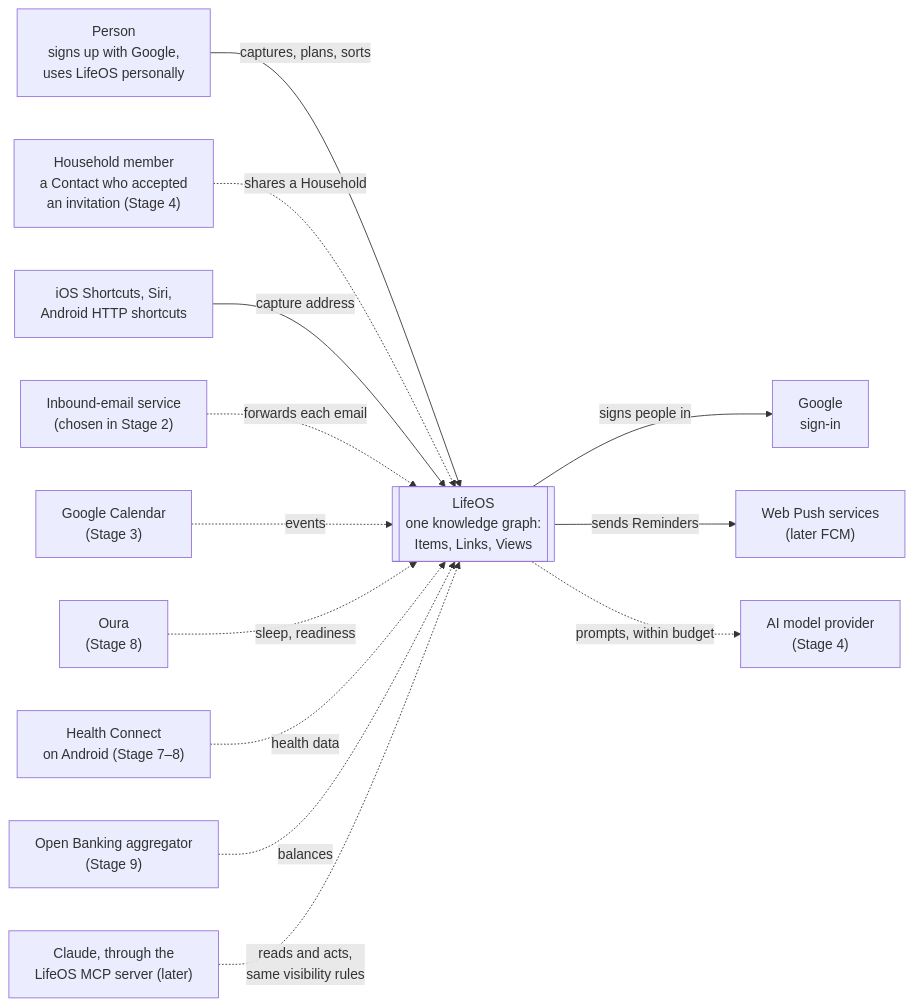
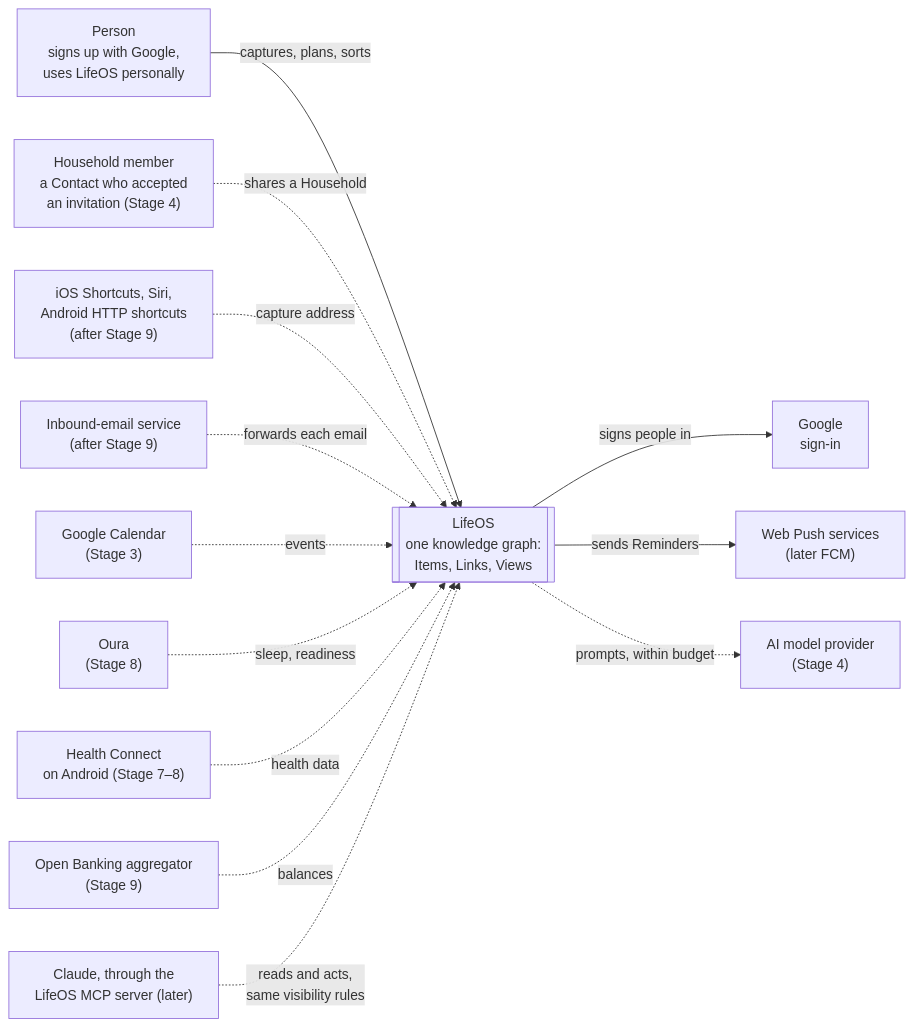
The first of 2 diagrams in docs/20-architecture/overview.md (joestables/lifeos), drawn with Mermaid before and after one commit. The commit also changed other lines of this file and 130 other files, not shown here.

First line of the commit message:
Stage 2, steps 1–5: specs, design, schema, working with Items (#3)

````diff
--- a/docs/20-architecture/overview.md
+++ b/docs/20-architecture/overview.md
@@ -8,31 +8,31 @@
 ```mermaid
 flowchart LR
   person["Person<br/>signs up with Google,<br/>uses LifeOS personally"]
   member["Household member<br/>a Contact who accepted<br/>an invitation (Stage 4)"]
-  shortcuts["iOS Shortcuts, Siri,<br/>Android HTTP shortcuts"]
-  email["Inbound-email service<br/>(chosen in Stage 2)"]
+  shortcuts["iOS Shortcuts, Siri,<br/>Android HTTP shortcuts<br/>(after Stage 9)"]
+  email["Inbound-email service<br/>(after Stage 9)"]
 
   lifeos[["LifeOS<br/>one knowledge graph:<br/>Items, Links, Views"]]
 
   google["Google<br/>sign-in"]
   push["Web Push services<br/>(later FCM)"]
   gcal["Google Calendar<br/>(Stage 3)"]
   oura["Oura<br/>(Stage 8)"]
   hc["Health Connect<br/>on Android (Stage 7–8)"]
   banks["Open Banking aggregator<br/>(Stage 9)"]
   aimodel["AI model provider<br/>(Stage 4)"]
   claude["Claude, through the<br/>LifeOS MCP server (later)"]
 
   person -- "captures, plans, sorts" --> lifeos
   member -. "shares a Household" .-> lifeos
-  shortcuts -- "capture address" --> lifeos
+  shortcuts -. "capture address" .-> lifeos
   email -. "forwards each email" .-> lifeos
   lifeos -- "signs people in" --> google
   lifeos -- "sends Reminders" --> push
   gcal -. "events" .-> lifeos
   oura -. "sleep, readiness" .-> lifeos
   hc -. "health data" .-> lifeos
   banks -. "balances" .-> lifeos
   lifeos -. "prompts, within budget" .-> aimodel
   claude -. "reads and acts,<br/>same visibility rules" .-> lifeos
 ```
````
